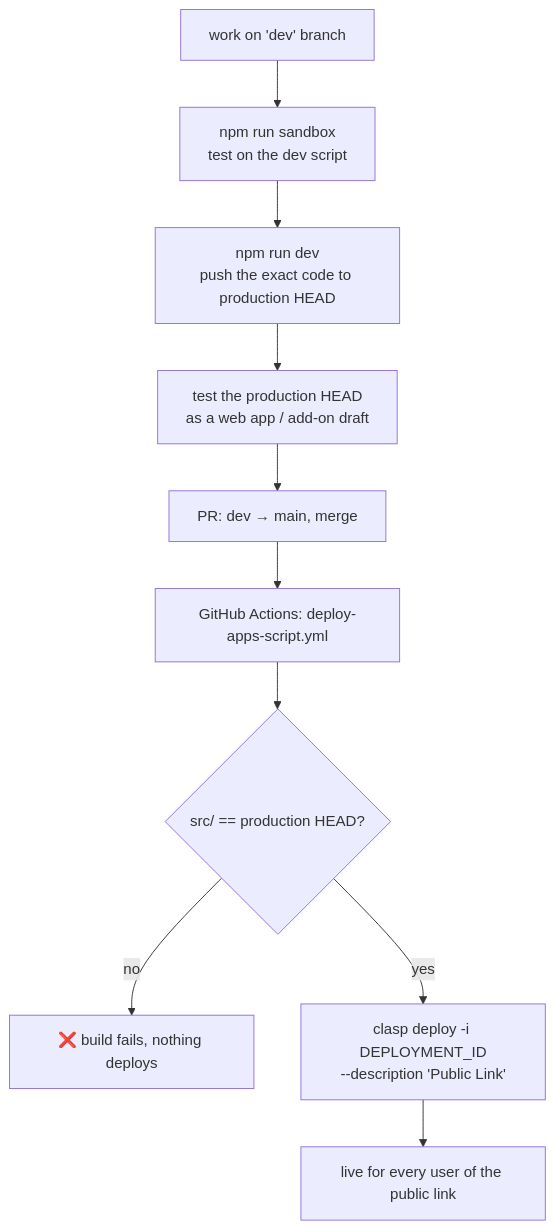
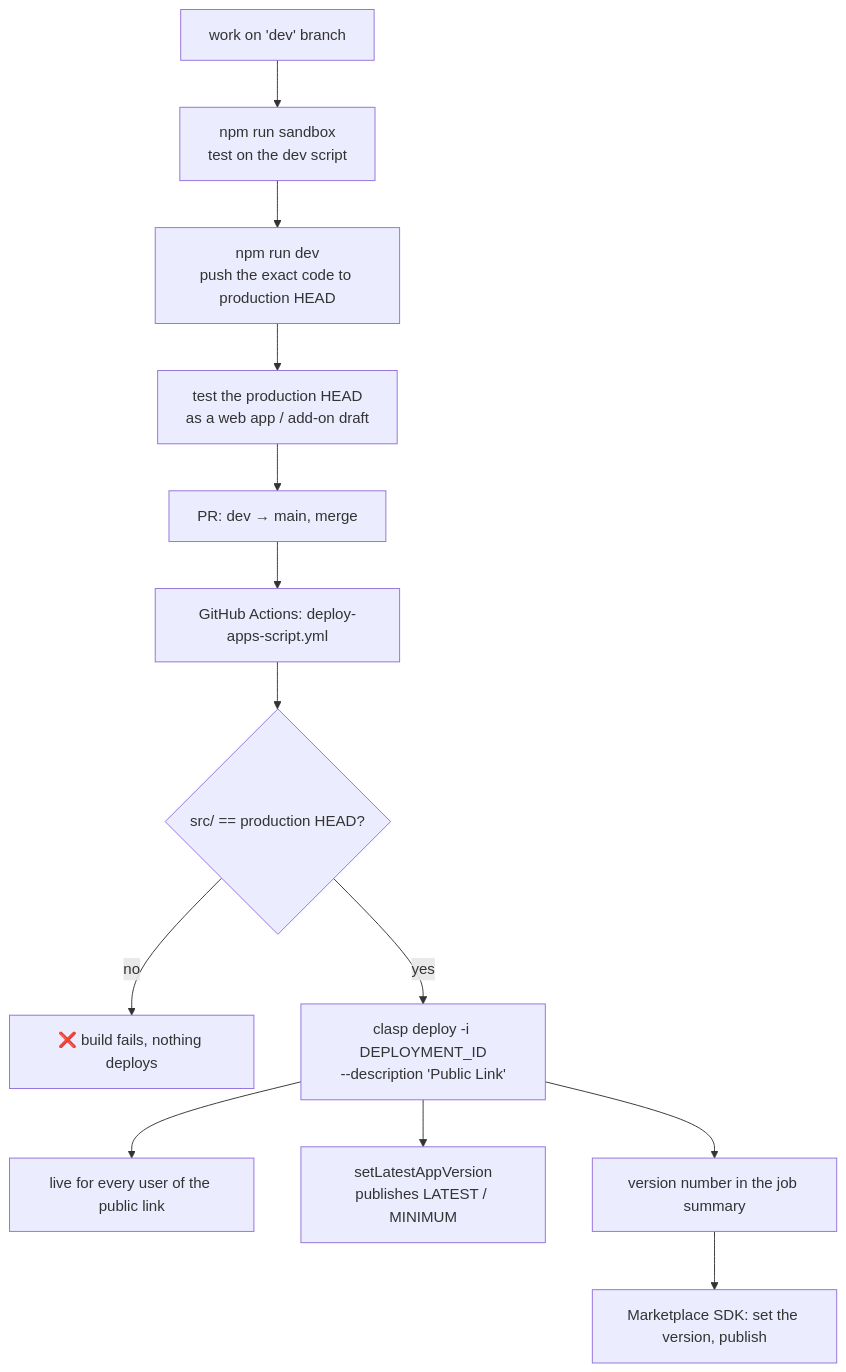
One commit to Bisse123/The-Tower-App-Script changed the first of 4 diagrams in documentation/07-deployment.md. Above: the diagram before and after it, drawn with Mermaid. The commit also changed other lines of this file and 12 other files, not shown here.

First line of the commit message:
Document deployment flow and report add-on version

````diff
--- a/documentation/07-deployment.md
+++ b/documentation/07-deployment.md
@@ -213,12 +180,15 @@
 ```mermaid
 flowchart TB
     A["work on 'dev' branch"] --> B["npm run sandbox<br/>test on the dev script"]
     B --> C["npm run dev<br/>push the exact code to production HEAD"]
     C --> D["test the production HEAD<br/>as a web app / add-on draft"]
     D --> E["PR: dev → main, merge"]
     E --> F["GitHub Actions: deploy-apps-script.yml"]
     F --> G{"src/ == production HEAD?"}
     G -->|"no"| H["❌ build fails, nothing deploys"]
     G -->|"yes"| I["clasp deploy -i DEPLOYMENT_ID<br/>--description 'Public Link'"]
     I --> J["live for every user of the public link"]
+    I --> K["setLatestAppVersion<br/>publishes LATEST / MINIMUM"]
+    I --> L["version number in the job summary"]
+    L --> M["Marketplace SDK: set the version, publish"]
 ```
````
